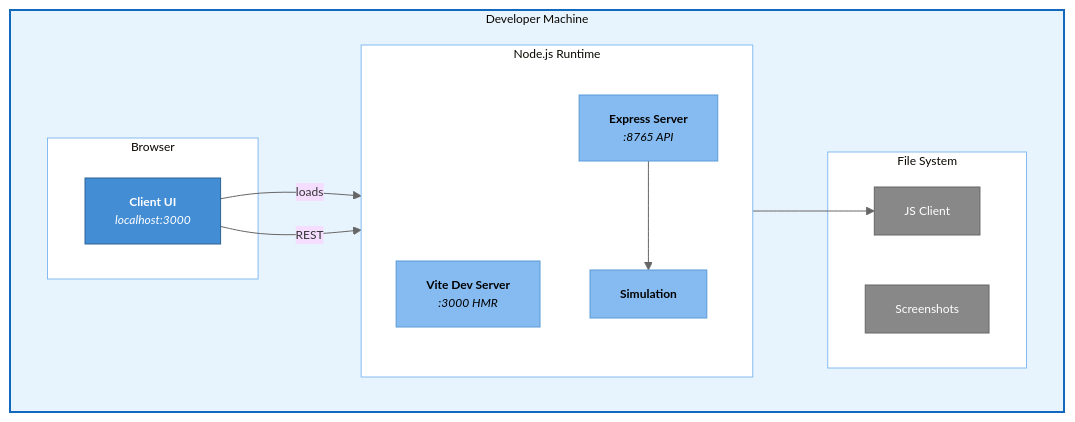
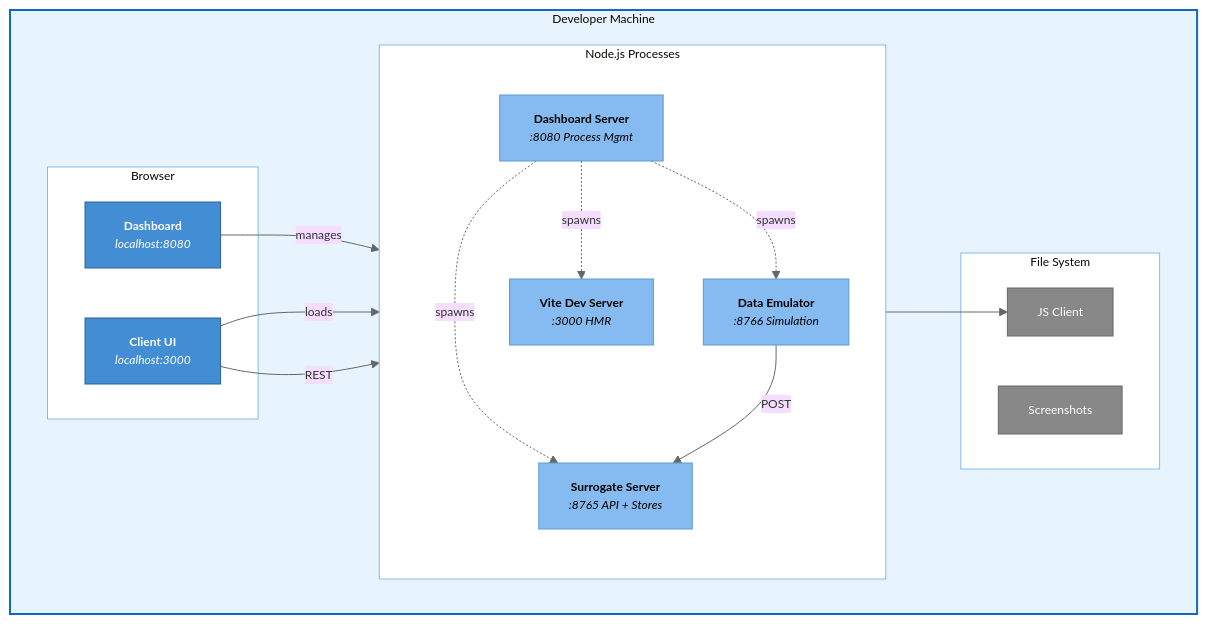
The sixth of 6 diagrams in docs/c4-architecture-diagram.md (ericpauls/disco_workspace), drawn with Mermaid before and after one commit. The commit also changed other lines of this file and 14 other files, not shown here.

First line of the commit message:
feat: Add scenario selection to dashboard and idle-start emulator

````diff
--- a/docs/c4-architecture-diagram.md
+++ b/docs/c4-architecture-diagram.md
@@ -255,40 +251,46 @@
 ```mermaid
 %%{init: {'theme': 'base', 'themeVariables': { 'lineColor': '#666', 'fontSize': '12px'}}}%%
 flowchart TB
     subgraph machine["Developer Machine"]
         direction LR
 
         subgraph browser["Browser"]
+            dash_ui["<b>Dashboard</b><br/><i>localhost:8080</i>"]
             client_ui["<b>Client UI</b><br/><i>localhost:3000</i>"]
         end
 
-        subgraph node["Node.js Runtime"]
+        subgraph node["Node.js Processes"]
             direction TB
+            dash_srv["<b>Dashboard Server</b><br/><i>:8080 Process Mgmt</i>"]
+            express["<b>Surrogate Server</b><br/><i>:8765 API + Stores</i>"]
+            emu_srv["<b>Data Emulator</b><br/><i>:8766 Simulation</i>"]
             vite["<b>Vite Dev Server</b><br/><i>:3000 HMR</i>"]
-            express["<b>Express Server</b><br/><i>:8765 API</i>"]
-            sim["<b>Simulation</b>"]
         end
 
         subgraph files["File System"]
             js_client["JS Client"]
             screenshots["Screenshots"]
         end
     end
 
+    dash_ui -->|manages| dash_srv
     client_ui -->|loads| vite
     client_ui -->|REST| express
     vite --> js_client
-    express --> sim
+    dash_srv -.->|spawns| express
+    dash_srv -.->|spawns| emu_srv
+    dash_srv -.->|spawns| vite
+    emu_srv -->|POST| express
 
     classDef runtime fill:#85BBF0,stroke:#5A9BD5,color:#000
     classDef browser fill:#438DD5,stroke:#2E6295,color:#fff
     classDef file fill:#888,stroke:#666,color:#fff
     classDef machine fill:#E8F4FD,stroke:#1168BD,stroke-width:2px
     classDef inner fill:#fff,stroke:#85BBF0,stroke-width:1px
 
-    class client_ui browser
-    class vite,express,sim runtime
+    class dash_ui,client_ui browser
+    class dash_srv,express,emu_srv,vite runtime
     class js_client,screenshots file
     class machine machine
     class browser,node,files inner
 ```
````
